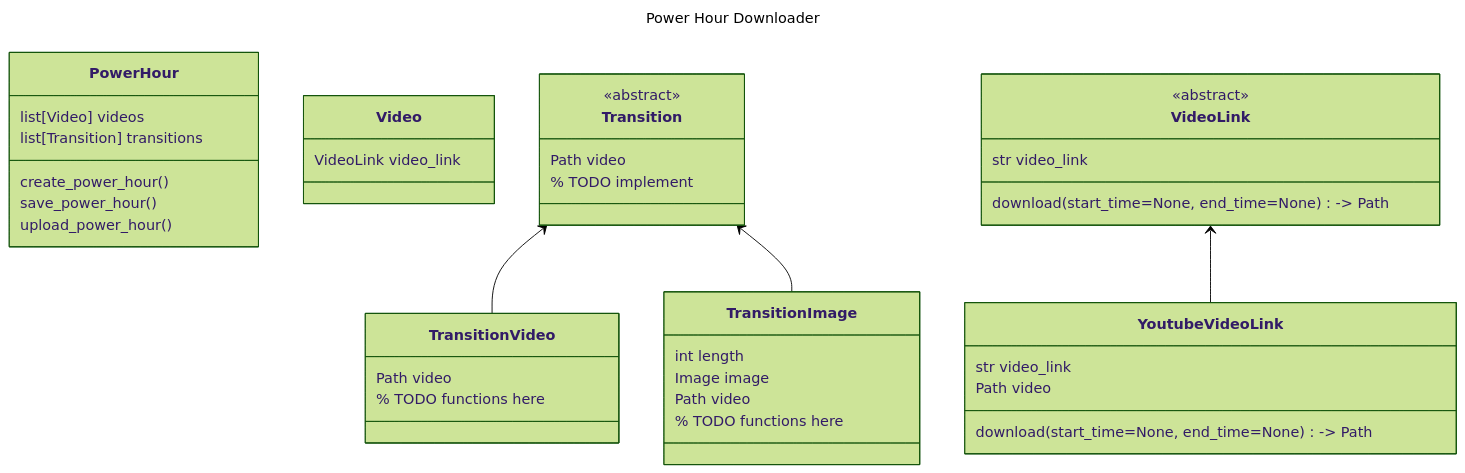
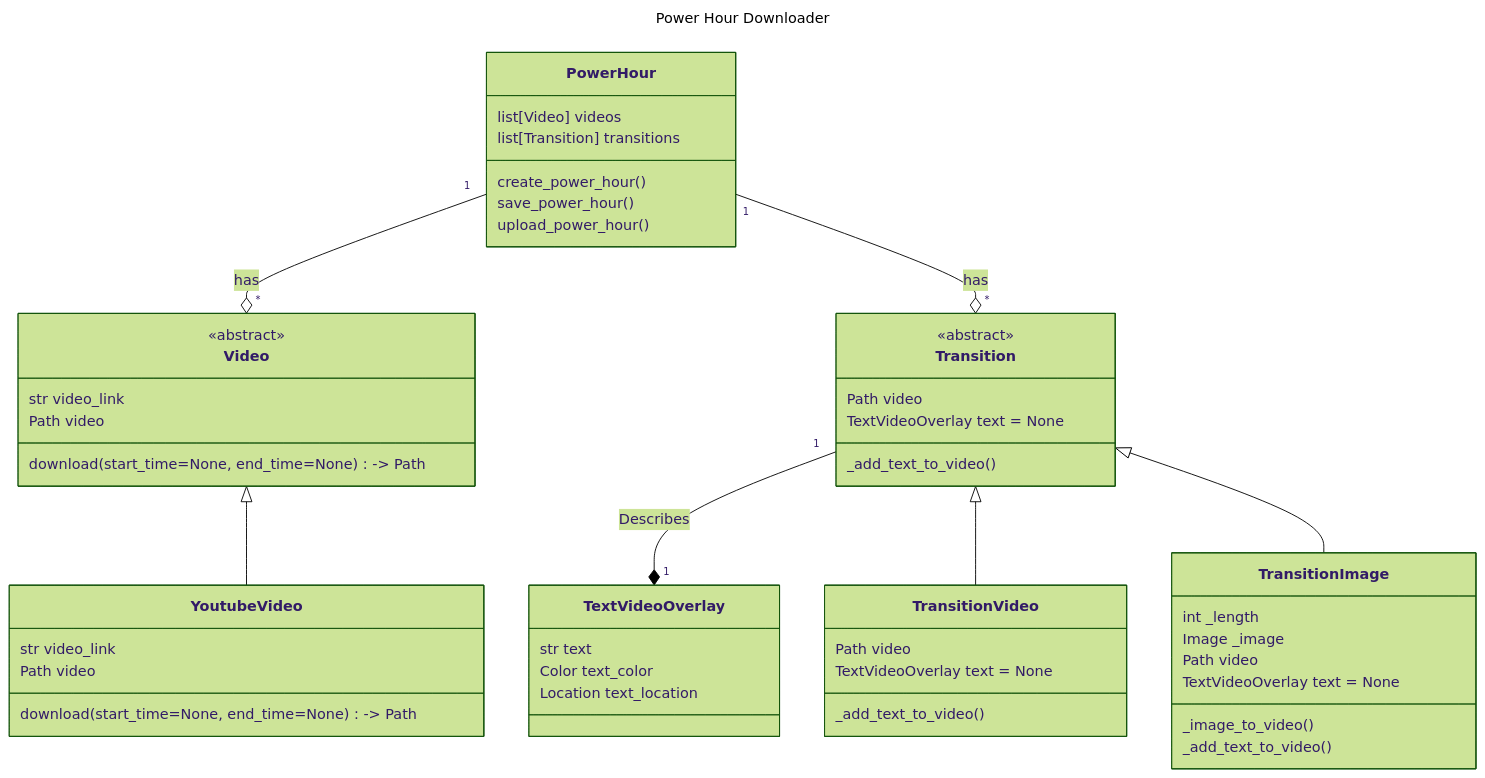
Before and after one commit to tjander3/PowerHourDownloader: the diagram in class-diagram.md, drawn with Mermaid (forest theme).

Commit message:
add in some more codeing

```diff
--- a/class-diagram.md
+++ b/class-diagram.md
@@ -4,6 +4,8 @@
 ---
 %% The details of mermaid classDiagram are found here: https://mermaid.js.org/syntax/classDiagram.html
 classDiagram
+    PowerHour "1" --o "*" Video: has
+    PowerHour "1" --o "*" Transition: has
     class PowerHour {
         list[Video] videos
         list[Transition] transitions
@@ -13,41 +15,55 @@
         upload_power_hour()
     }
 
-    class Video {
-        VideoLink video_link
+    class TextVideoOverlay {
+        str text
+        %% TODO how will i represent color
+        Color text_color
+        %% TODO how will i represent location?
+        Location text_location
     }
 
+    %% TODO 1 to 0..1
+    Transition "1" --* "1" TextVideoOverlay : Describes
     class Transition {
         <<abstract>>
         Path video
-        % TODO implement
+        TextVideoOverlay text = None
+
+        _add_text_to_video()
     }
 
-    Transition <-- TransitionVideo
+    Transition <|-- TransitionVideo
     class TransitionVideo {
         Path video
+        TextVideoOverlay text = None
 
-        % TODO functions here
+        _add_text_to_video()
     }
 
-    Transition <-- TransitionImage
+    Transition <|-- TransitionImage
     class TransitionImage {
-        int length
-        Image image
+        int _length
+        Image _image
         Path video
+        TextVideoOverlay text = None
 
-        % TODO functions here
+        _image_to_video()
+        _add_text_to_video()
     }
 
-    class VideoLink {
+    class Video{
         <<abstract>>
+        %% TODO should str be a link class?
         str video_link
+        Path video
 
         download(start_time=None, end_time=None) -> Path
     }
 
-    VideoLink <-- YoutubeVideoLink
-    class YoutubeVideoLink {
+    Video <|-- YoutubeVideo
+    class YoutubeVideo {
+        %% TODO should str be a link class?
         str video_link
         Path video
 
```
